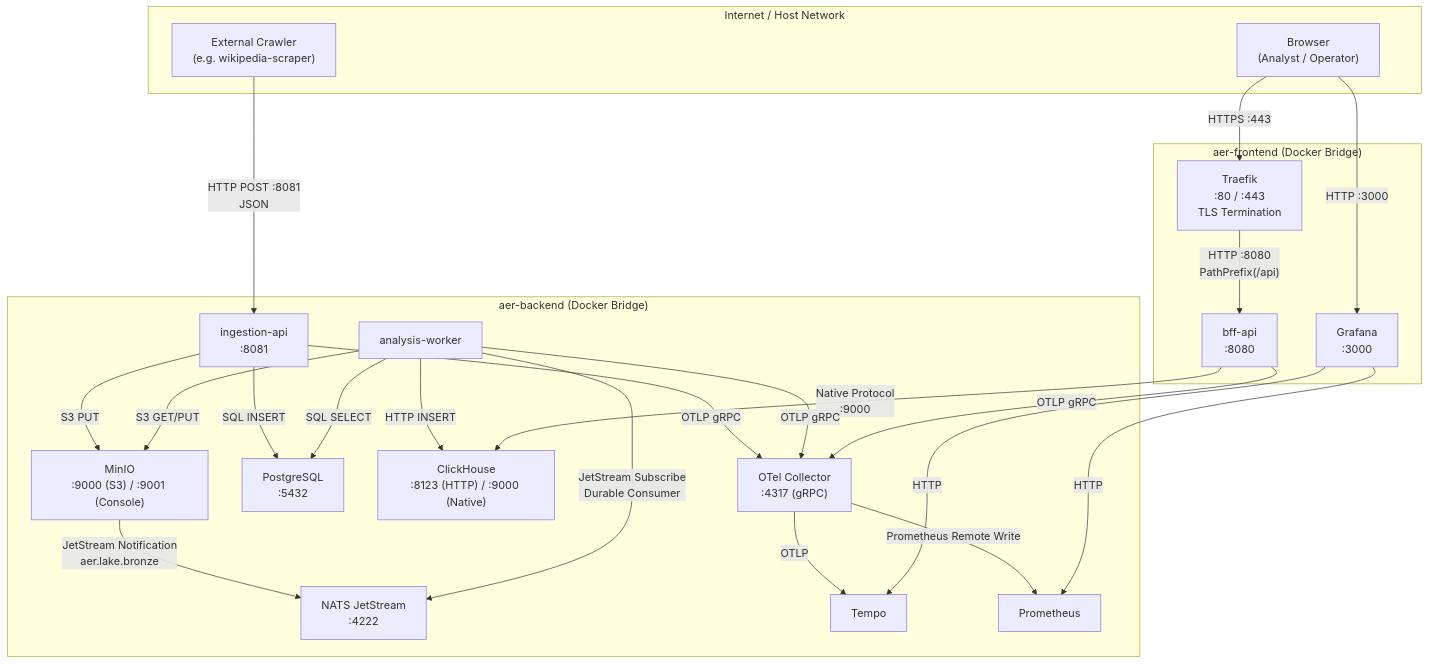
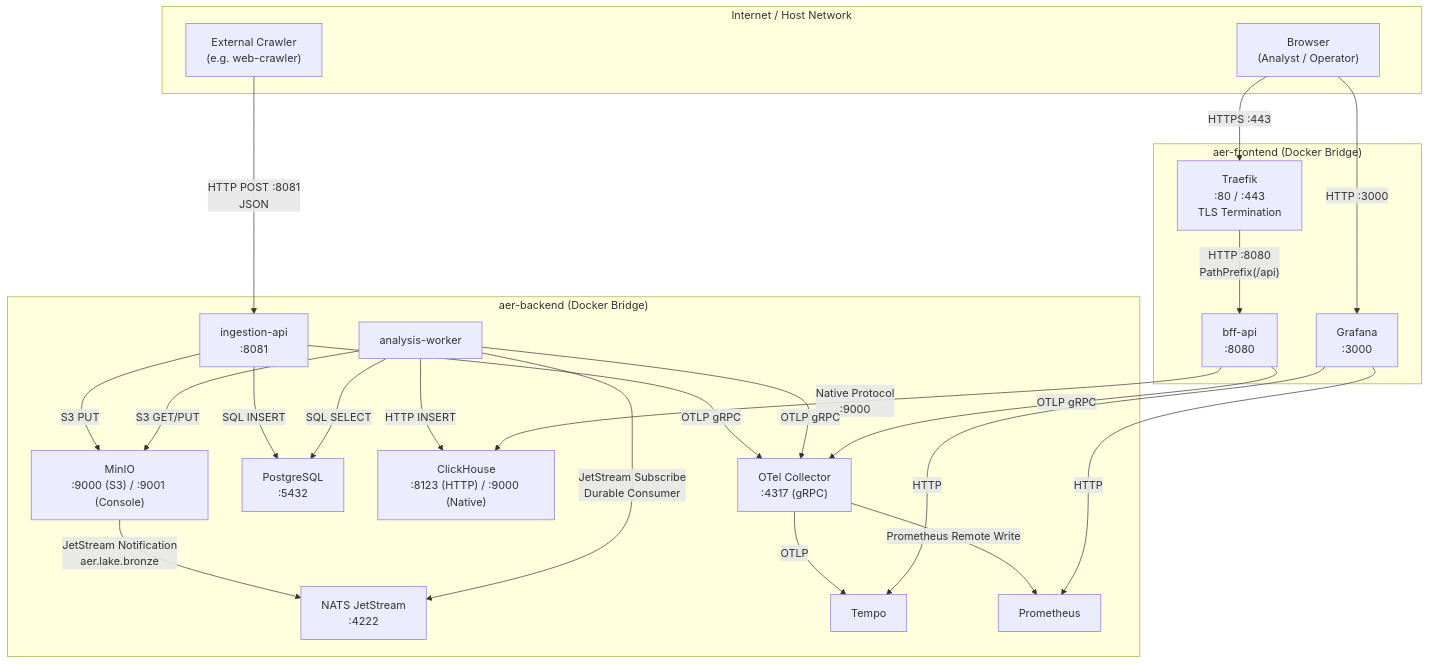
Before and after one commit to frogfromlake/aer: the second of 2 diagrams in docs/arc42/03_system_scope_and_context.md, drawn with Mermaid. The commit also changed other lines of this file and 33 other files, not shown here.

````diff
--- a/docs/arc42/03_system_scope_and_context.md
+++ b/docs/arc42/03_system_scope_and_context.md
@@ -55,50 +55,50 @@
 ```mermaid
 graph TD
     subgraph "Internet / Host Network"
-        Crawler["External Crawler<br/>(e.g. wikipedia-scraper)"]
+        Crawler["External Crawler<br/>(e.g. web-crawler)"]
         Browser["Browser<br/>(Analyst / Operator)"]
     end
 
     subgraph "aer-frontend (Docker Bridge)"
         Traefik["Traefik<br/>:80 / :443<br/>TLS Termination"]
         BFF["bff-api<br/>:8080"]
         Grafana["Grafana<br/>:3000"]
     end
 
     subgraph "aer-backend (Docker Bridge)"
         BFF
         Grafana
         Ingestion["ingestion-api<br/>:8081"]
         Worker["analysis-worker"]
         MinIO["MinIO<br/>:9000 (S3) / :9001 (Console)"]
         NATS["NATS JetStream<br/>:4222"]
         PG["PostgreSQL<br/>:5432"]
         CH["ClickHouse<br/>:8123 (HTTP) / :9000 (Native)"]
         OTel["OTel Collector<br/>:4317 (gRPC)"]
         Tempo["Tempo"]
         Prom["Prometheus"]
     end
 
     Browser -->|"HTTPS :443"| Traefik
     Traefik -->|"HTTP :8080<br/>PathPrefix(/api)"| BFF
     Browser -->|"HTTP :3000"| Grafana
 
     Crawler -->|"HTTP POST :8081<br/>JSON"| Ingestion
 
     Ingestion -->|"S3 PUT"| MinIO
     Ingestion -->|"SQL INSERT"| PG
     MinIO -->|"JetStream Notification<br/>aer.lake.bronze"| NATS
     Worker -->|"JetStream Subscribe<br/>Durable Consumer"| NATS
     Worker -->|"S3 GET/PUT"| MinIO
     Worker -->|"SQL SELECT"| PG
     Worker -->|"HTTP INSERT"| CH
     BFF -->|"Native Protocol<br/>:9000"| CH
 
     Ingestion -->|"OTLP gRPC"| OTel
     Worker -->|"OTLP gRPC"| OTel
     BFF -->|"OTLP gRPC"| OTel
     OTel -->|"OTLP"| Tempo
     OTel -->|"Prometheus Remote Write"| Prom
     Grafana -->|"HTTP"| Tempo
     Grafana -->|"HTTP"| Prom
 ```
````
